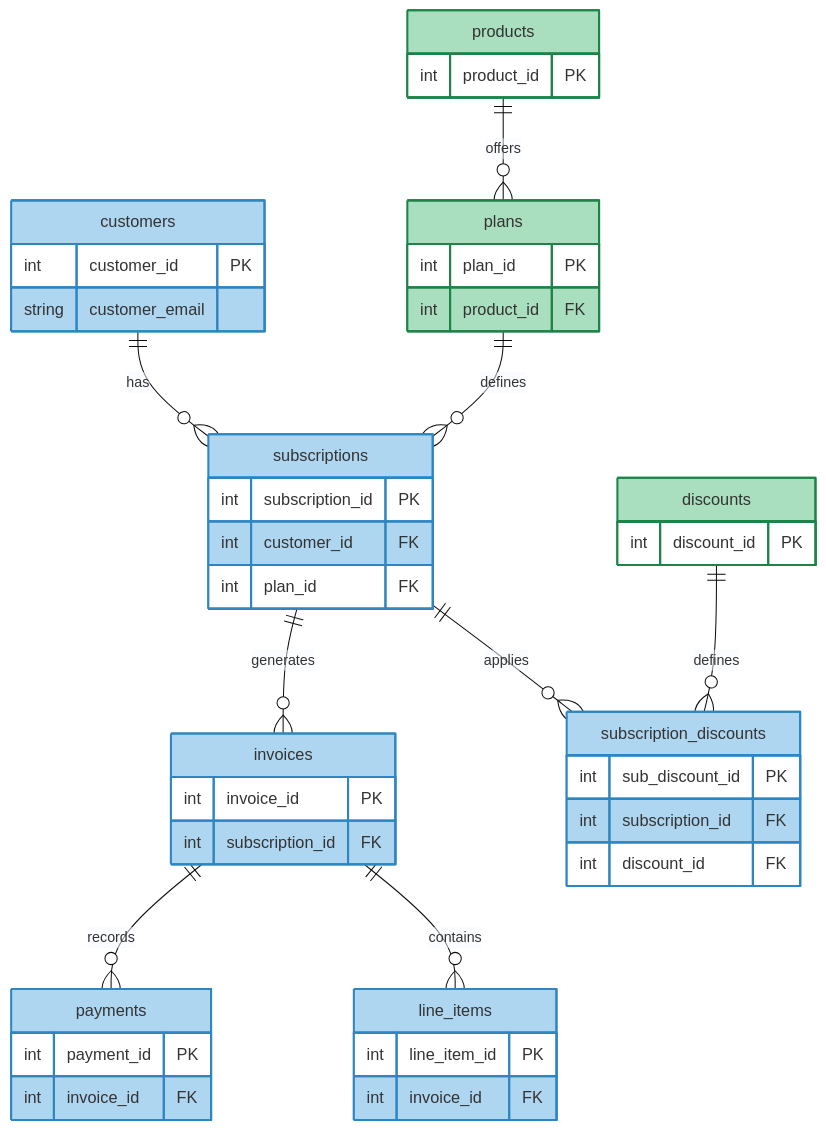
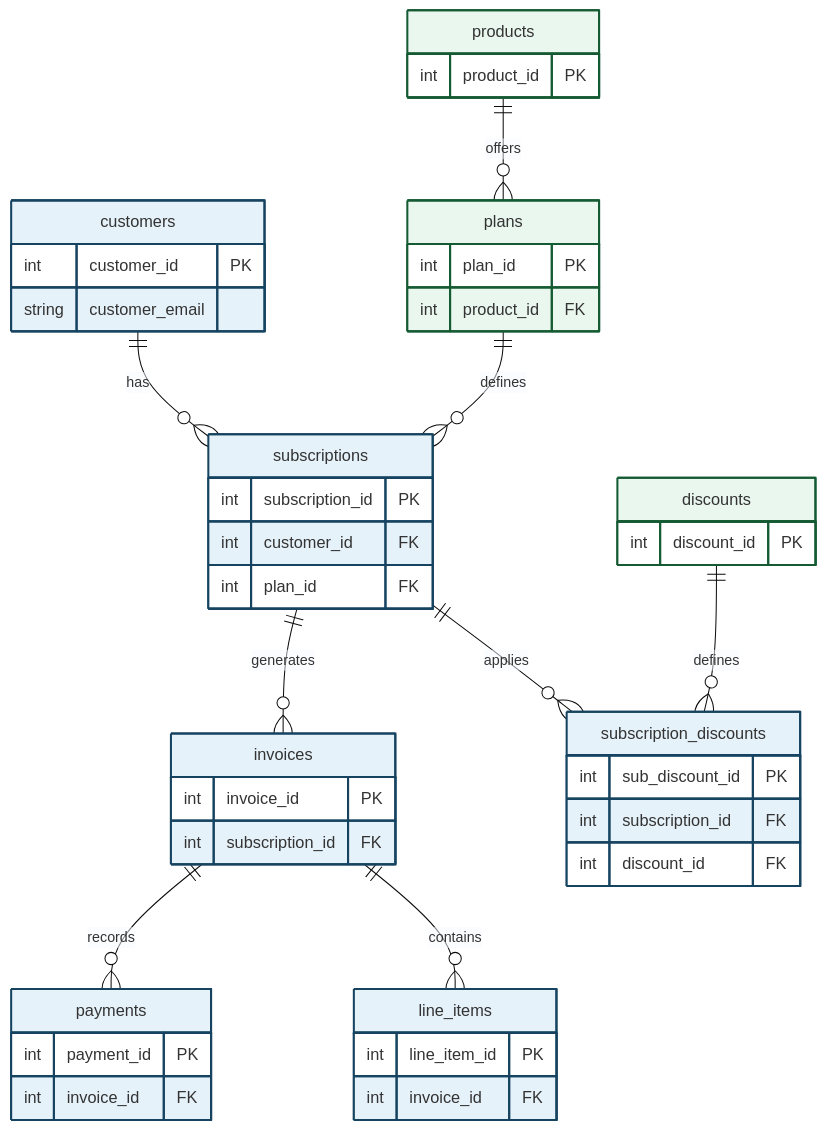
The second of 2 diagrams in load/readme.md (jugal-chauhan04/DataFlowIQ), drawn with Mermaid (base theme) before and after one commit. The commit also changed other lines of this file, not shown here.

Commit message:
Created mermaid diagram for schema

````diff
--- a/load/readme.md
+++ b/load/readme.md
@@ -151,61 +153,61 @@
 ```mermaid
 erDiagram
     customers {
         int customer_id PK
         string customer_email
     }
     subscriptions {
         int subscription_id PK
         int customer_id FK
         int plan_id FK
     }
     invoices {
         int invoice_id PK
         int subscription_id FK
     }
     payments {
         int payment_id PK
         int invoice_id FK
     }
     line_items {
         int line_item_id PK
         int invoice_id FK
     }
     subscription_discounts {
         int sub_discount_id PK
         int subscription_id FK
         int discount_id FK
     }
     products {
         int product_id PK
     }
     plans {
         int plan_id PK
         int product_id FK
     }
     discounts {
         int discount_id PK
     }
 
     customers ||--o{ subscriptions : "has"
     subscriptions ||--o{ invoices : "generates"
     invoices ||--o{ payments : "records"
     invoices ||--o{ line_items : "contains"
     subscriptions ||--o{ subscription_discounts : "applies"
     products ||--o{ plans : "offers"
     plans ||--o{ subscriptions : "defines"
     discounts ||--o{ subscription_discounts : "defines"
 
-    %% Style dynamic tables (pastel blue)
-    style customers fill:#AED6F1,stroke:#2E86C1,stroke-width:2px
-    style subscriptions fill:#AED6F1,stroke:#2E86C1,stroke-width:2px
-    style invoices fill:#AED6F1,stroke:#2E86C1,stroke-width:2px
-    style payments fill:#AED6F1,stroke:#2E86C1,stroke-width:2px
-    style line_items fill:#AED6F1,stroke:#2E86C1,stroke-width:2px
-    style subscription_discounts fill:#AED6F1,stroke:#2E86C1,stroke-width:2px
+    %% Style dynamic tables (light pastel blue)
+    style customers fill:#E6F2FA,stroke:#154360,stroke-width:2px
+    style subscriptions fill:#E6F2FA,stroke:#154360,stroke-width:2px
+    style invoices fill:#E6F2FA,stroke:#154360,stroke-width:2px
+    style payments fill:#E6F2FA,stroke:#154360,stroke-width:2px
+    style line_items fill:#E6F2FA,stroke:#154360,stroke-width:2px
+    style subscription_discounts fill:#E6F2FA,stroke:#154360,stroke-width:2px
 
-    %% Style static tables (pastel green)
-    style products fill:#A9DFBF,stroke:#1D8348,stroke-width:2px
-    style plans fill:#A9DFBF,stroke:#1D8348,stroke-width:2px
-    style discounts fill:#A9DFBF,stroke:#1D8348,stroke-width:2px
+    %% Style static tables (light pastel green)
+    style products fill:#E9F7EF,stroke:#145A32,stroke-width:2px
+    style plans fill:#E9F7EF,stroke:#145A32,stroke-width:2px
+    style discounts fill:#E9F7EF,stroke:#145A32,stroke-width:2px
 ```
````
